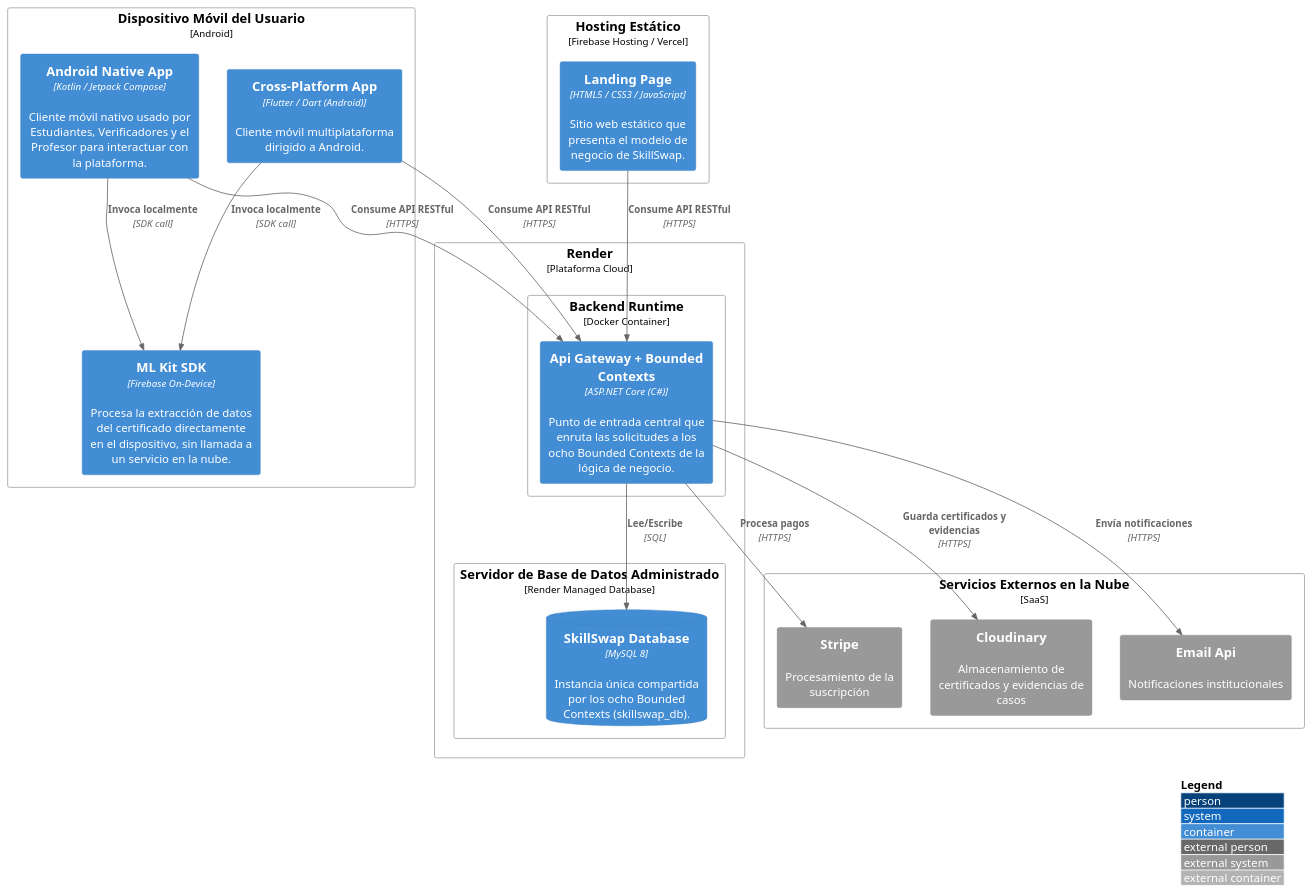
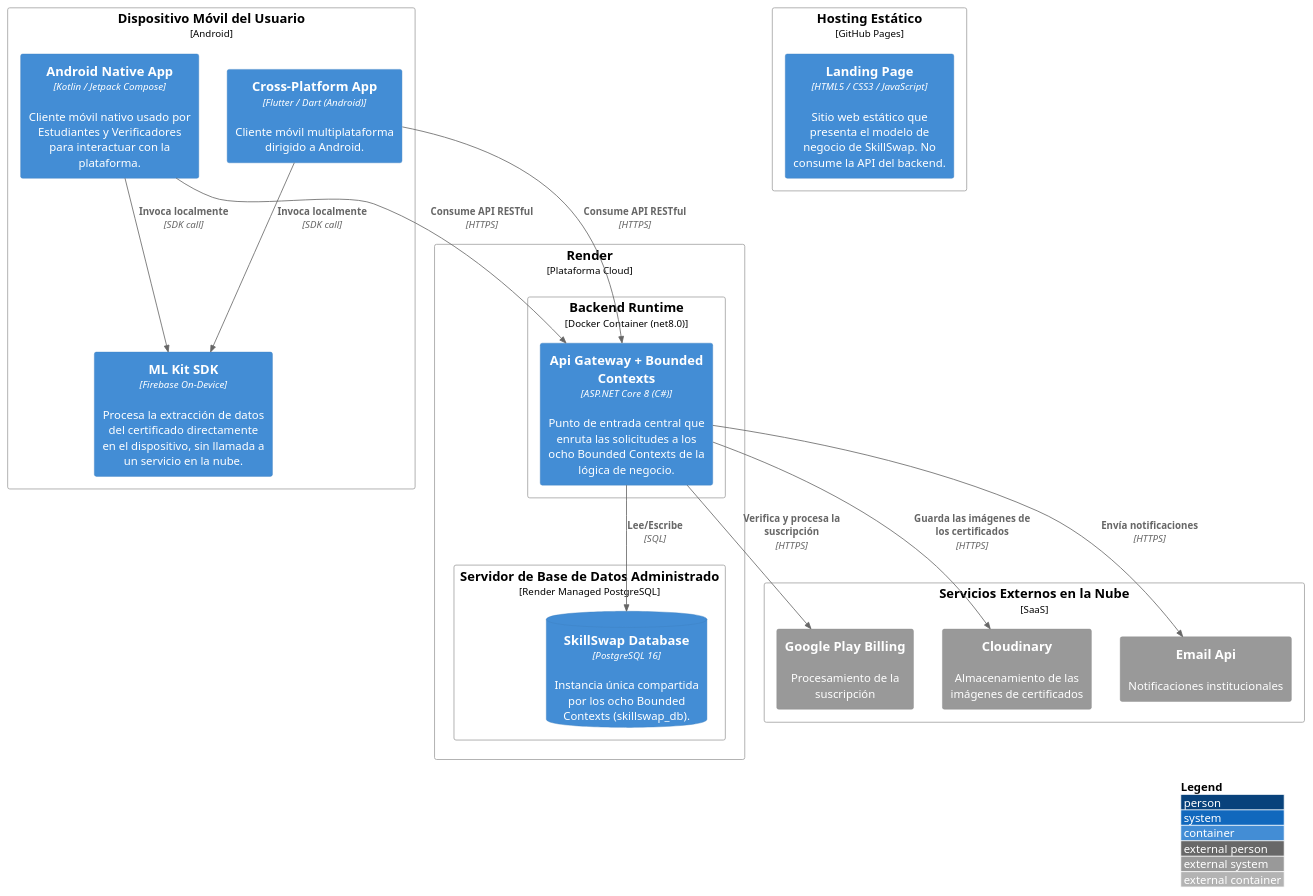
One commit to Aplicaciones-Dispositivos-Moviles/SkillSwap-ProjectReport changed the diagram in DB&C4/Deployment Diagram.puml. Above: the diagram before and after it, drawn with PlantUML. The commit also changed 17 other files, not shown here.

```diff
--- a/DB&C4/Deployment Diagram.puml
+++ b/DB&C4/Deployment Diagram.puml
@@ -1,44 +1,43 @@
 @startuml SkillSwapDeployment
 !include https://raw.githubusercontent.com/plantuml-stdlib/C4-PlantUML/master/C4_Deployment.puml
 
 LAYOUT_WITH_LEGEND()
 
 Deployment_Node(userDevice, "Dispositivo Móvil del Usuario", "Android"){
-    Container(androidApp, "Android Native App", "Kotlin / Jetpack Compose", "Cliente móvil nativo usado por Estudiantes, Verificadores y el Profesor para interactuar con la plataforma.")
+    Container(androidApp, "Android Native App", "Kotlin / Jetpack Compose", "Cliente móvil nativo usado por Estudiantes y Verificadores para interactuar con la plataforma.")
     Container(flutterApp, "Cross-Platform App", "Flutter / Dart (Android)", "Cliente móvil multiplataforma dirigido a Android.")
     Container(mlKitSdk, "ML Kit SDK", "Firebase On-Device", "Procesa la extracción de datos del certificado directamente en el dispositivo, sin llamada a un servicio en la nube.")
 }
 
-Deployment_Node(staticHosting, "Hosting Estático", "Firebase Hosting / Vercel"){
-    Container(landingPage, "Landing Page", "HTML5 / CSS3 / JavaScript", "Sitio web estático que presenta el modelo de negocio de SkillSwap.")
+Deployment_Node(staticHosting, "Hosting Estático", "GitHub Pages"){
+    Container(landingPage, "Landing Page", "HTML5 / CSS3 / JavaScript", "Sitio web estático que presenta el modelo de negocio de SkillSwap. No consume la API del backend.")
 }
 
 Deployment_Node(cloudPlatform, "Render", "Plataforma Cloud"){
-    Deployment_Node(backendRuntime, "Backend Runtime", "Docker Container"){
-        Container(apiGateway, "Api Gateway + Bounded Contexts", "ASP.NET Core (C#)", "Punto de entrada central que enruta las solicitudes a los ocho Bounded Contexts de la lógica de negocio.")
+    Deployment_Node(backendRuntime, "Backend Runtime", "Docker Container (net8.0)"){
+        Container(apiGateway, "Api Gateway + Bounded Contexts", "ASP.NET Core 8 (C#)", "Punto de entrada central que enruta las solicitudes a los ocho Bounded Contexts de la lógica de negocio.")
     }
-    Deployment_Node(dbServer, "Servidor de Base de Datos Administrado", "Render Managed Database"){
-        ContainerDb(mainDB, "SkillSwap Database", "MySQL 8", "Instancia única compartida por los ocho Bounded Contexts (skillswap_db).")
+    Deployment_Node(dbServer, "Servidor de Base de Datos Administrado", "Render Managed PostgreSQL"){
+        ContainerDb(mainDB, "SkillSwap Database", "PostgreSQL 16", "Instancia única compartida por los ocho Bounded Contexts (skillswap_db).")
     }
 }
 
 Deployment_Node(externalCloud, "Servicios Externos en la Nube", "SaaS"){
-    System_Ext(cloudStorage, "Cloudinary", "Almacenamiento de certificados y evidencias de casos")
+    System_Ext(cloudStorage, "Cloudinary", "Almacenamiento de las imágenes de certificados")
     System_Ext(emailService, "Email Api", "Notificaciones institucionales")
-    System_Ext(stripeApi, "Stripe", "Procesamiento de la suscripción")
+    System_Ext(googlePlayBilling, "Google Play Billing", "Procesamiento de la suscripción")
 }
 
 Rel(androidApp, mlKitSdk, "Invoca localmente", "SDK call")
 Rel(flutterApp, mlKitSdk, "Invoca localmente", "SDK call")
 
 Rel(androidApp, apiGateway, "Consume API RESTful", "HTTPS")
 Rel(flutterApp, apiGateway, "Consume API RESTful", "HTTPS")
-Rel(landingPage, apiGateway, "Consume API RESTful", "HTTPS")
 
 Rel(apiGateway, mainDB, "Lee/Escribe", "SQL")
 
-Rel(apiGateway, cloudStorage, "Guarda certificados y evidencias", "HTTPS")
+Rel(apiGateway, cloudStorage, "Guarda las imágenes de los certificados", "HTTPS")
 Rel(apiGateway, emailService, "Envía notificaciones", "HTTPS")
-Rel(apiGateway, stripeApi, "Procesa pagos", "HTTPS")
+Rel(apiGateway, googlePlayBilling, "Verifica y procesa la suscripción", "HTTPS")
 
 @enduml
```
